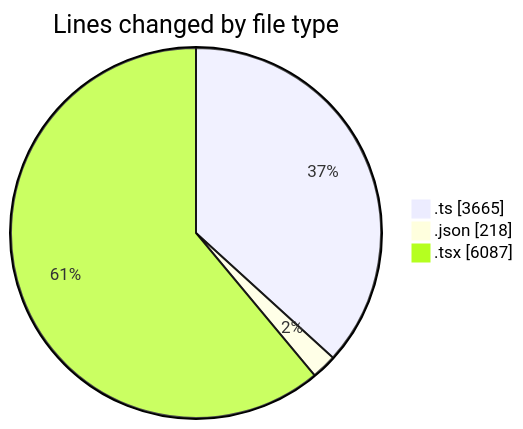
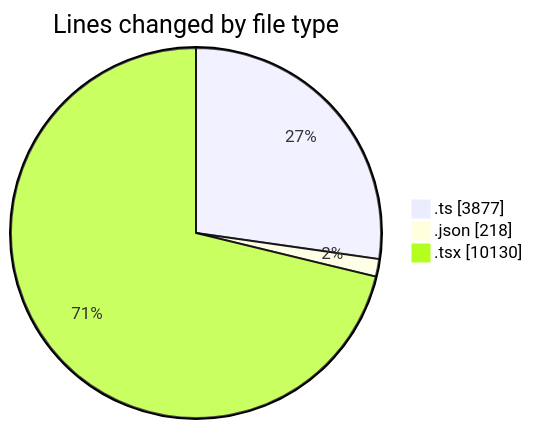
One commit to nxtqubesakshisongat/code-tracking changed the first of 2 diagrams in 2026-03-16/nxtqube_webapp/README.md. Above: the diagram before and after it, drawn with Mermaid. The commit also changed other lines of this file and 1 other file, not shown here.

````diff
--- a/2026-03-16/nxtqube_webapp/README.md
+++ b/2026-03-16/nxtqube_webapp/README.md
@@ -41,7 +51,7 @@
 ```mermaid
 pie showData
 title Lines changed by file type
-".ts" : 3665
+".ts" : 3877
 ".json" : 218
-".tsx" : 6087
+".tsx" : 10130
 ```
````
